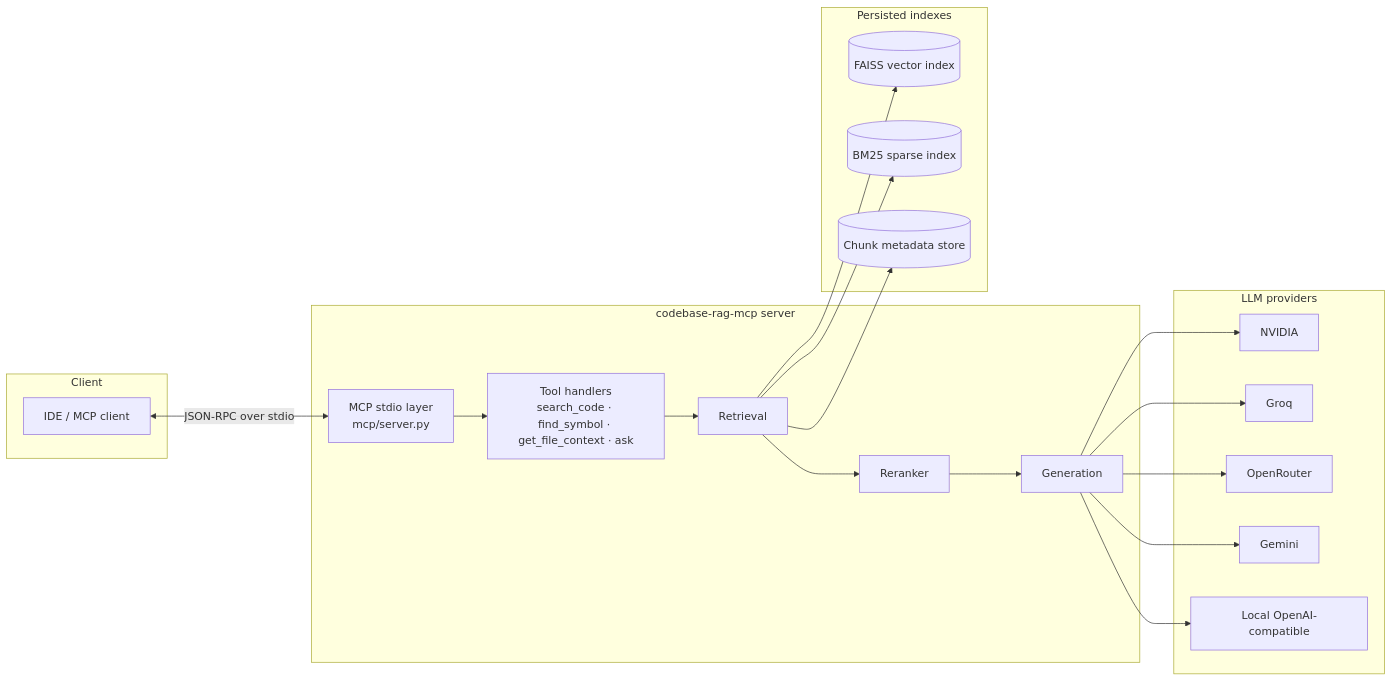
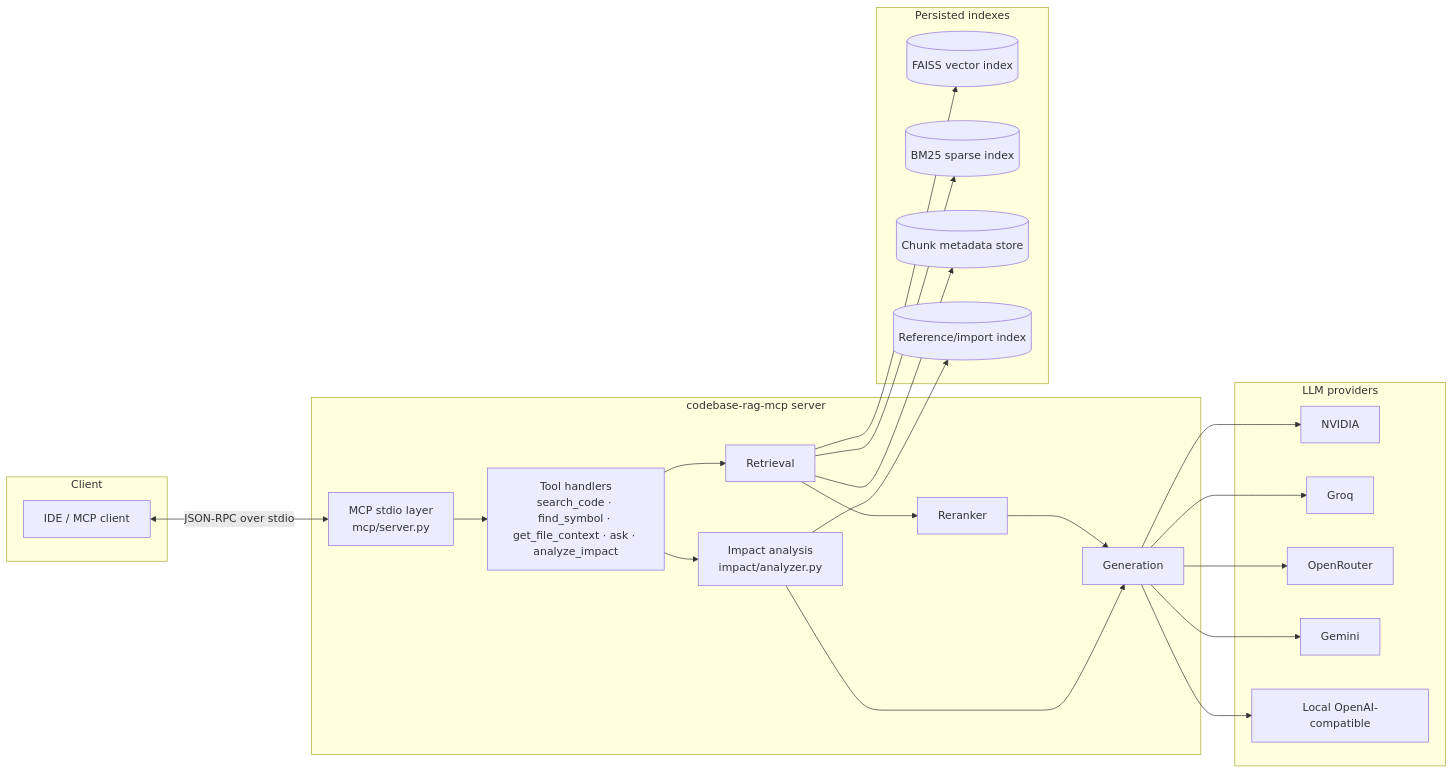
One commit to AyushShanu/CodeBase-MCP-Server changed the first of 6 diagrams in FLOW.md. Above: the diagram before and after it, drawn with Mermaid. The commit also changed other lines of this file and 21 other files, not shown here.

````diff
--- a/FLOW.md
+++ b/FLOW.md
@@ -10,42 +10,47 @@
 ```mermaid
 flowchart LR
     subgraph Client
         IDE[IDE / MCP client]
     end
 
     subgraph Server[codebase-rag-mcp server]
         MCP[MCP stdio layer<br/>mcp/server.py]
-        TOOLS[Tool handlers<br/>search_code · find_symbol · get_file_context · ask]
+        TOOLS[Tool handlers<br/>search_code · find_symbol · get_file_context · ask · analyze_impact]
         RETRIEVAL[Retrieval]
         RERANKER[Reranker]
         GEN[Generation]
+        IMPACT[Impact analysis<br/>impact/analyzer.py]
     end
 
     subgraph Indexes[Persisted indexes]
         FAISS[(FAISS vector index)]
         BM25[(BM25 sparse index)]
         META[(Chunk metadata store)]
+        REFS[(Reference/import index)]
     end
 
     subgraph Providers[LLM providers]
         NVIDIA[NVIDIA]
         GROQ[Groq]
         OR[OpenRouter]
         GEM[Gemini]
         LOCAL[Local OpenAI-compatible]
     end
 
     IDE <-->|JSON-RPC over stdio| MCP
     MCP --> TOOLS
     TOOLS --> RETRIEVAL
     RETRIEVAL --> RERANKER
     RETRIEVAL --> FAISS
     RETRIEVAL --> BM25
     RETRIEVAL --> META
     RERANKER --> GEN
     GEN --> NVIDIA
     GEN --> GROQ
     GEN --> OR
     GEN --> GEM
     GEN --> LOCAL
+    TOOLS --> IMPACT
+    IMPACT --> REFS
+    IMPACT --> GEN
 ```
````
